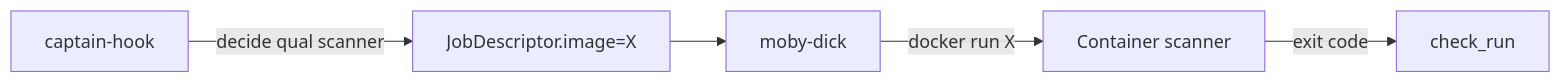
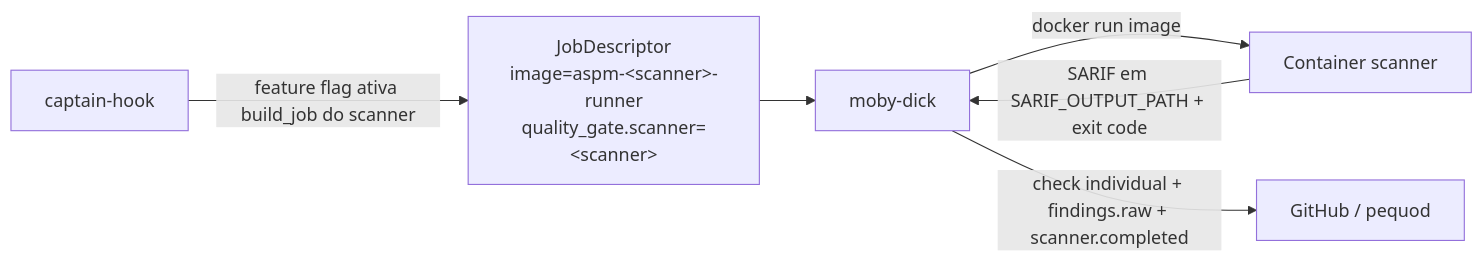
Before and after one commit to OdinEye-FIAP/aspm-docs: the diagram in docs/developer/adding-a-scanner.md, drawn with Mermaid. The commit also changed other lines of this file and 3 other files, not shown here.

Commit message:
docs: corrigir job-descriptor, check-run, onboarding e adding-a-scanner

````diff
--- a/docs/developer/adding-a-scanner.md
+++ b/docs/developer/adding-a-scanner.md
@@ -9,7 +9,8 @@
 ```mermaid
 flowchart LR
-    A[captain-hook] -->|decide qual scanner| B[JobDescriptor.image=X]
+    A[captain-hook] -->|feature flag ativa build_job do scanner| B["JobDescriptor<br/>image=aspm-&lt;scanner&gt;-runner<br/>quality_gate.scanner=&lt;scanner&gt;"]
     B --> C[moby-dick]
-    C -->|docker run X| D[Container scanner]
-    D -->|exit code| E[check_run]
+    C -->|docker run image| D[Container scanner]
+    D -->|SARIF em SARIF_OUTPUT_PATH + exit code| C
+    C -->|check individual + findings.raw + scanner.completed| E[GitHub / pequod]
 ```
````
